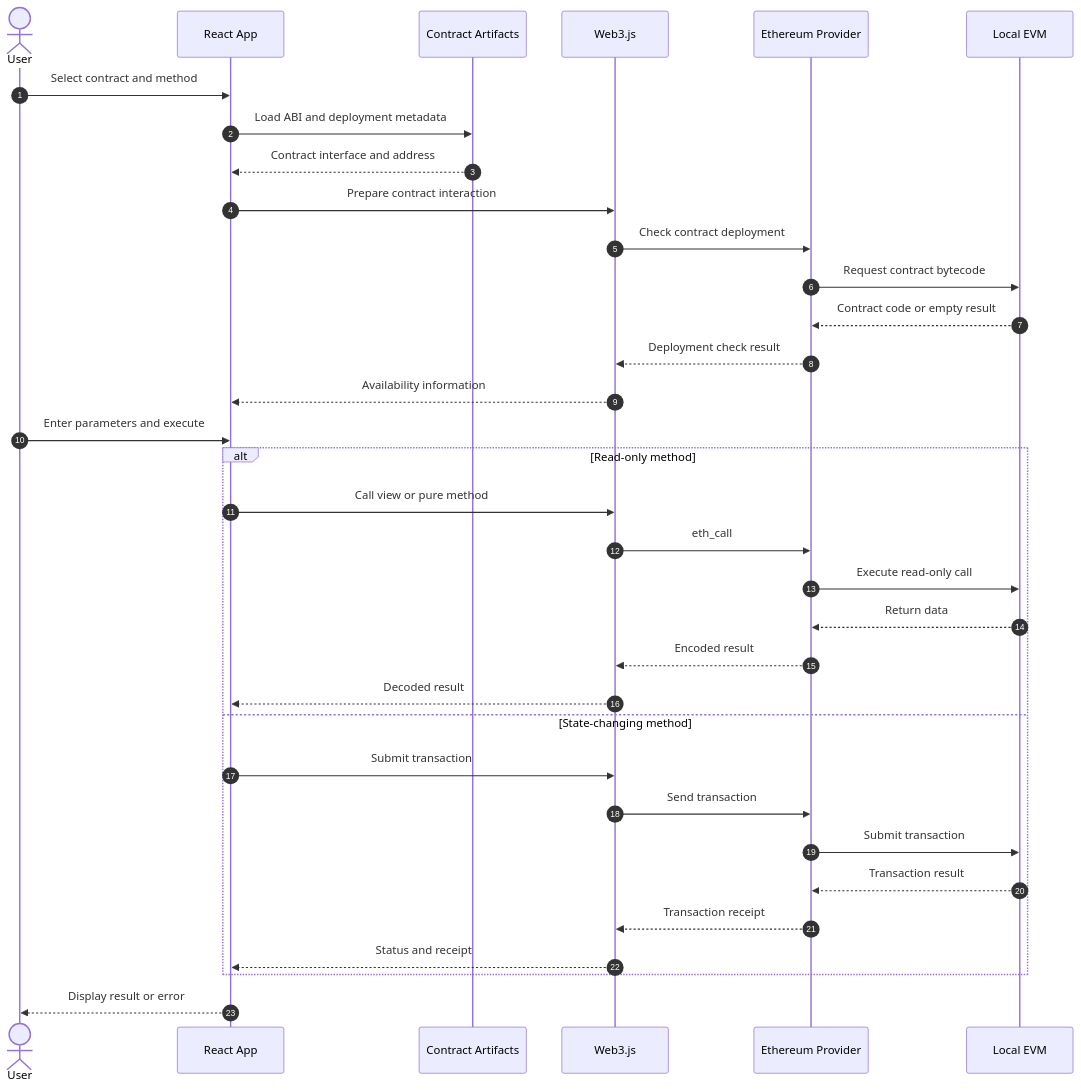
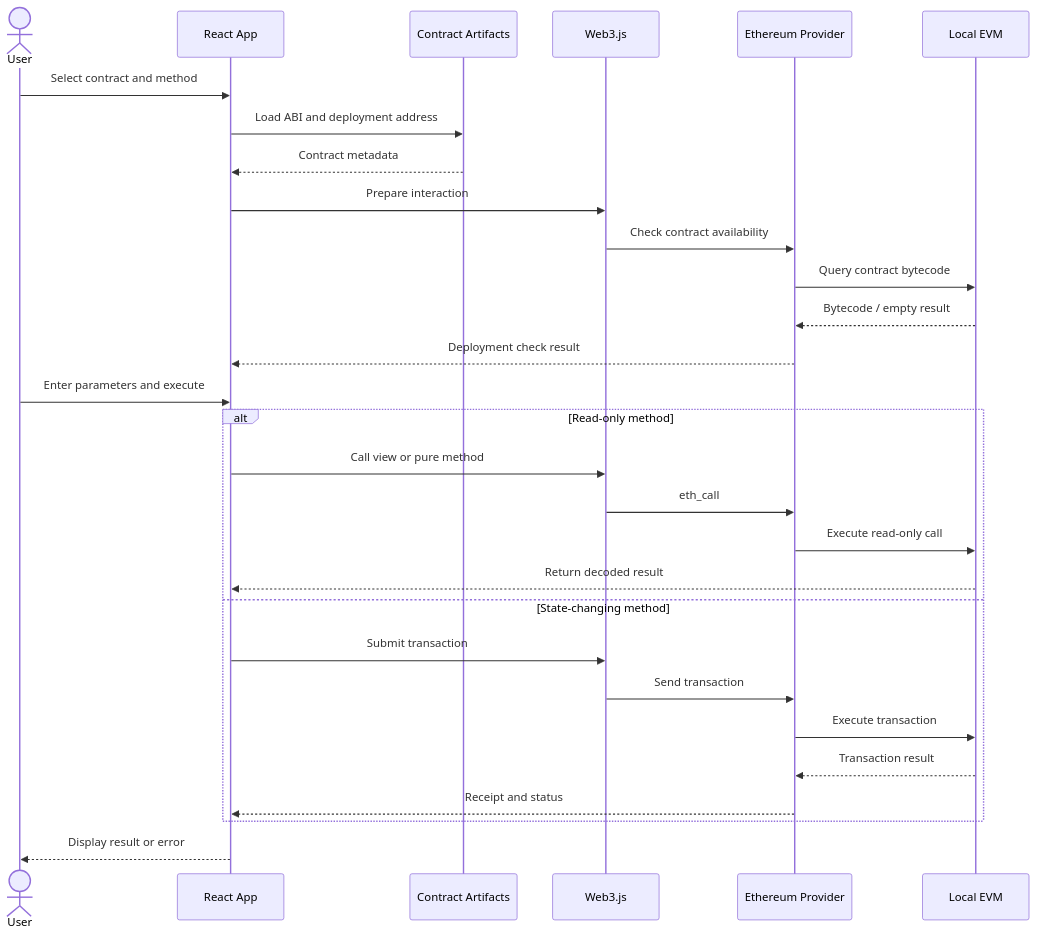
The second of 2 diagrams in README.md (Ellouzati-Mohammed/blockchain_project), drawn with Mermaid before and after one commit. The commit also changed other lines of this file, not shown here.

````diff
--- a/README.md
+++ b/README.md
@@ -134,41 +125,35 @@
 ```mermaid
 sequenceDiagram
-    autonumber
     actor User
     participant UI as React App
     participant ABI as Contract Artifacts
     participant W3 as Web3.js
-    participant Provider as Ethereum Provider
+    participant P as Ethereum Provider
     participant EVM as Local EVM
 
     User->>UI: Select contract and method
-    UI->>ABI: Load ABI and deployment metadata
-    ABI-->>UI: Contract interface and address
-
-    UI->>W3: Prepare contract interaction
-    W3->>Provider: Check contract deployment
-    Provider->>EVM: Request contract bytecode
-    EVM-->>Provider: Contract code or empty result
-    Provider-->>W3: Deployment check result
-    W3-->>UI: Availability information
+    UI->>ABI: Load ABI and deployment address
+    ABI-->>UI: Contract metadata
+    UI->>W3: Prepare interaction
+    W3->>P: Check contract availability
+    P->>EVM: Query contract bytecode
+    EVM-->>P: Bytecode / empty result
+    P-->>UI: Deployment check result
 
     User->>UI: Enter parameters and execute
 
     alt Read-only method
         UI->>W3: Call view or pure method
-        W3->>Provider: eth_call
-        Provider->>EVM: Execute read-only call
-        EVM-->>Provider: Return data
-        Provider-->>W3: Encoded result
-        W3-->>UI: Decoded result
+        W3->>P: eth_call
+        P->>EVM: Execute read-only call
+        EVM-->>UI: Return decoded result
     else State-changing method
         UI->>W3: Submit transaction
-        W3->>Provider: Send transaction
-        Provider->>EVM: Submit transaction
-        EVM-->>Provider: Transaction result
-        Provider-->>W3: Transaction receipt
-        W3-->>UI: Status and receipt
+        W3->>P: Send transaction
+        P->>EVM: Execute transaction
+        EVM-->>P: Transaction result
+        P-->>UI: Receipt and status
     end
 
     UI-->>User: Display result or error
 ```
````
